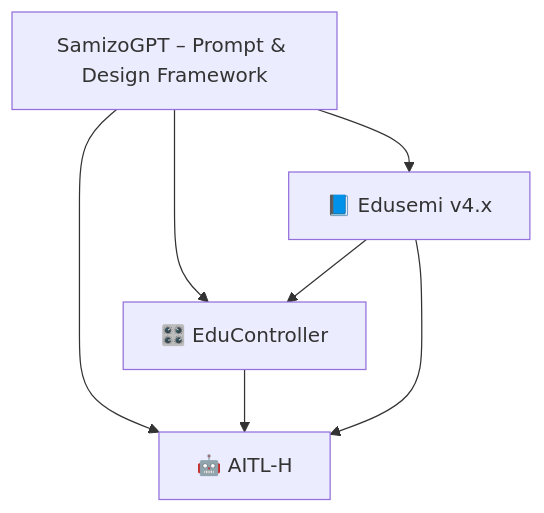
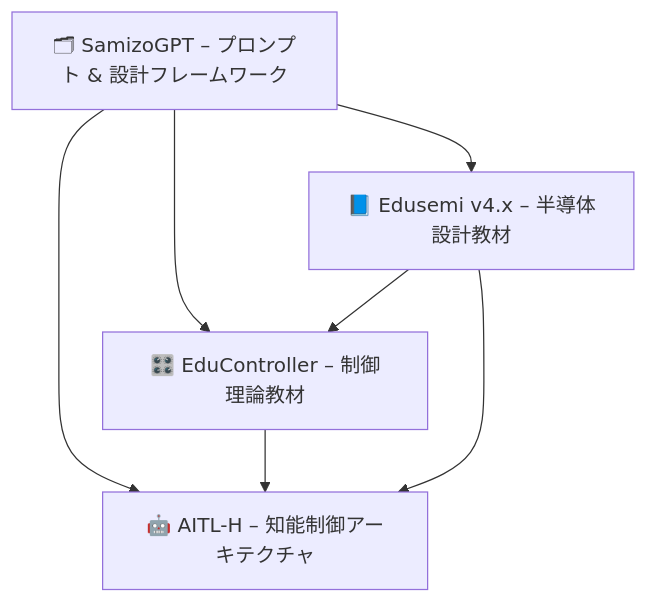
One commit to Samizo-AITL/SamizoGPT changed the diagram in Project Design Hub/project_integration_map.md. Above: the diagram before and after it, drawn with Mermaid. The commit also changed other lines of this file, not shown here.

````diff
--- a/Project Design Hub/project_integration_map.md
+++ b/Project Design Hub/project_integration_map.md
@@ -9,15 +18,15 @@
 ```mermaid
 graph TD
-  SamizoGPT[SamizoGPT – Prompt & Design Framework]
-  Edusemi[📘 Edusemi v4.x]
-  EduController[🎛️ EduController]
-  AITLH[🤖 AITL-H]
+  SamizoGPT[🗂 SamizoGPT – プロンプト & 設計フレームワーク]
+  Edusemi[📘 Edusemi v4.x – 半導体設計教材]
+  EduController[🎛️ EduController – 制御理論教材]
+  AITLH[🤖 AITL-H – 知能制御アーキテクチャ]
 
   SamizoGPT --> Edusemi
   SamizoGPT --> EduController
   SamizoGPT --> AITLH
 
   Edusemi --> EduController
   EduController --> AITLH
   Edusemi --> AITLH
 ```
````
